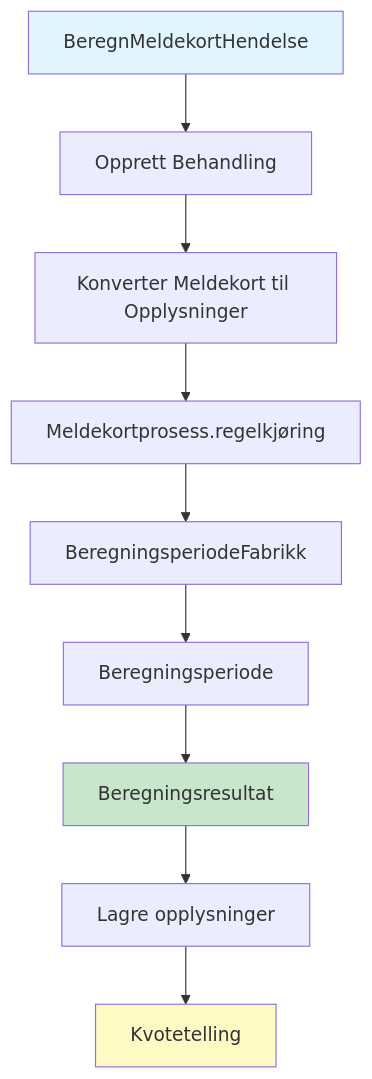
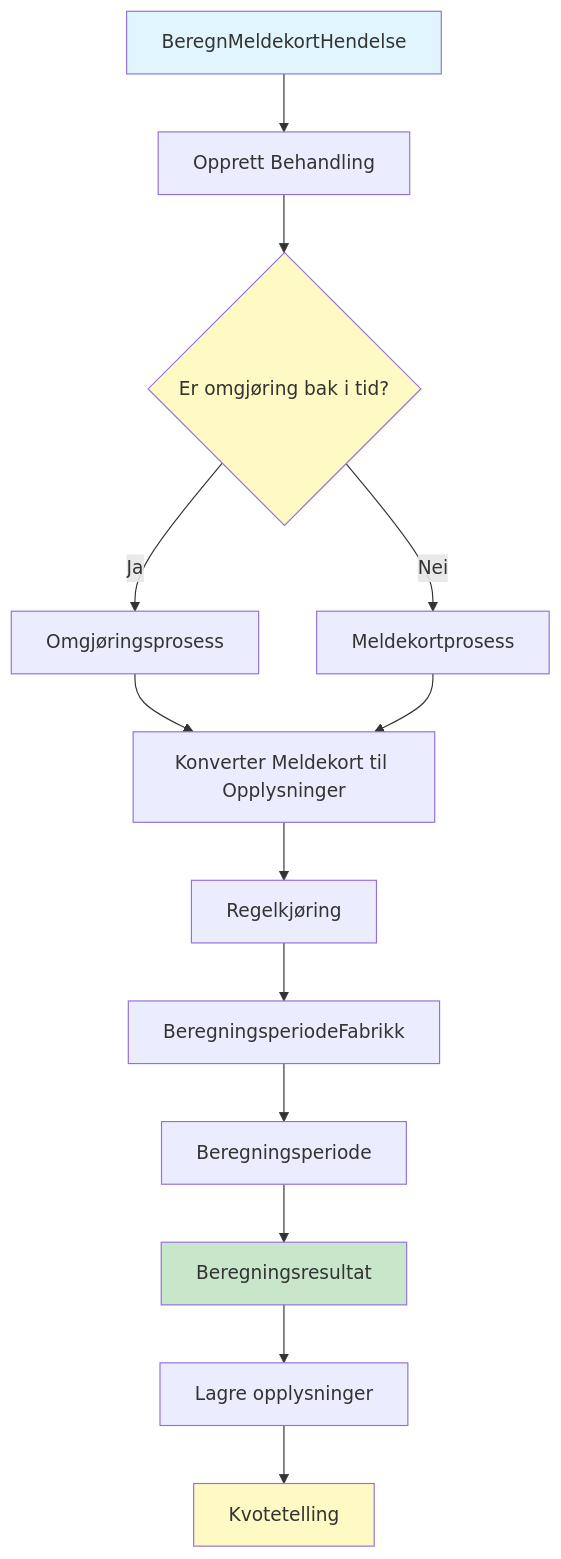
The first of 9 diagrams in docs/beregning-meldekort-flyt.md (navikt/dp-behandling), drawn with Mermaid before and after one commit. The commit also changed other lines of this file, not shown here.

Commit message:
Endret dokumentasjon på meldekortberegning etter å ha gått bort fra navnet "bøtter" til "satsgrupper"

````diff
--- a/docs/beregning-meldekort-flyt.md
+++ b/docs/beregning-meldekort-flyt.md
@@ -18,15 +18,20 @@
 ```mermaid
 graph TB
     A[BeregnMeldekortHendelse] --> B[Opprett Behandling]
-    B --> C[Konverter Meldekort til Opplysninger]
-    C --> D[Meldekortprosess.regelkjøring]
+    B --> B1{Er omgjøring bak i tid?}
+    B1 -->|Ja| B2[Omgjøringsprosess]
+    B1 -->|Nei| B3[Meldekortprosess]
+    B2 --> C[Konverter Meldekort til Opplysninger]
+    B3 --> C
+    C --> D[Regelkjøring]
     D --> E[BeregningsperiodeFabrikk]
     E --> F[Beregningsperiode]
     F --> G[Beregningsresultat]
     G --> H[Lagre opplysninger]
     H --> I[Kvotetelling]
     
     style A fill:#e1f5ff
     style G fill:#c8e6c9
     style I fill:#fff9c4
+    style B1 fill:#fff9c4
 ```
````
